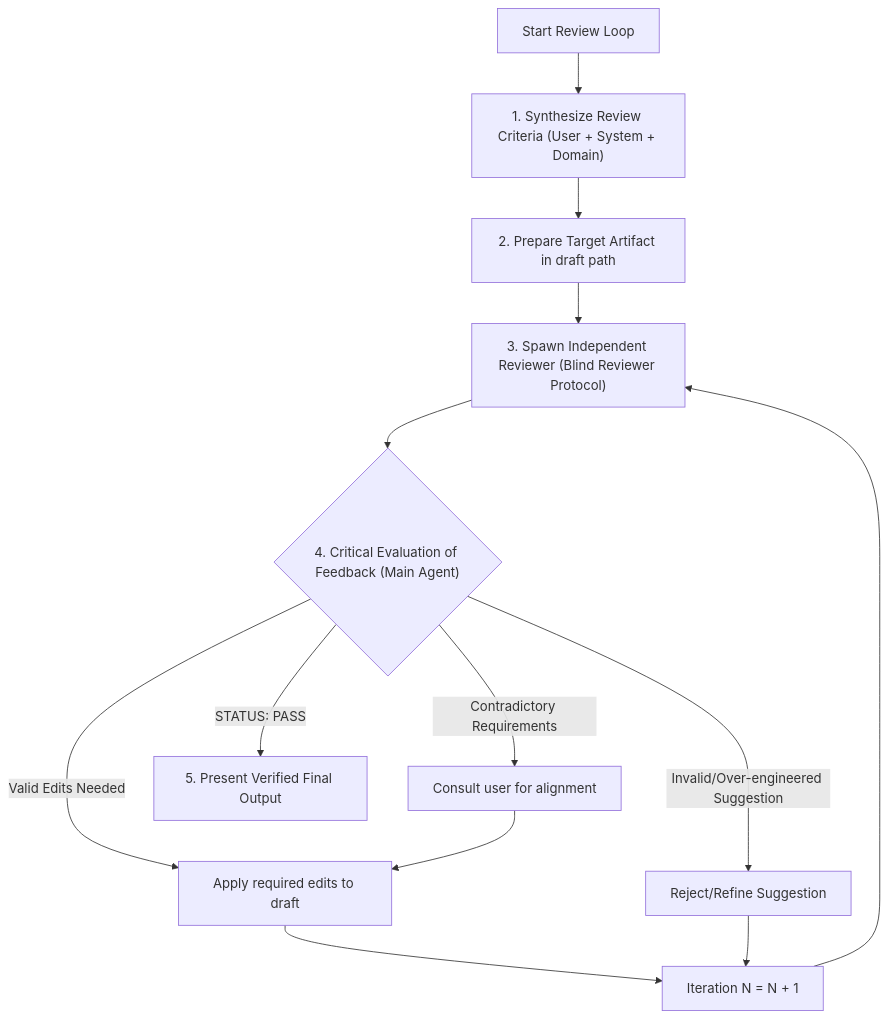
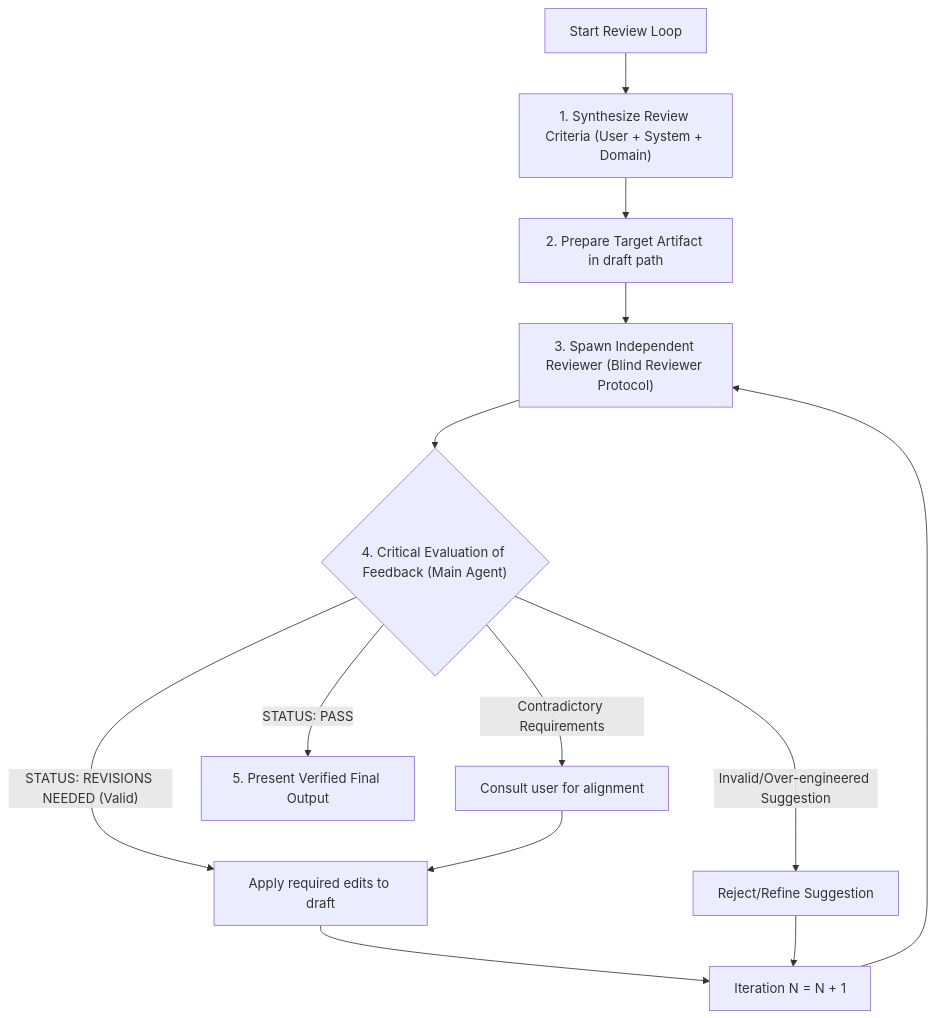
The diagram in productivity/conduct-reviewing-loop/SKILL.md (loerei/myskills), drawn with Mermaid before and after one commit. The commit also changed other lines of this file and 1 other file, not shown here.

````diff
--- a/productivity/conduct-reviewing-loop/SKILL.md
+++ b/productivity/conduct-reviewing-loop/SKILL.md
@@ -12,11 +12,11 @@
 ```mermaid
 flowchart TD
     Start["Start Review Loop"] --> Synth["1. Synthesize Review Criteria (User + System + Domain)"]
     Synth --> Draft["2. Prepare Target Artifact in draft path"]
     Draft --> BlindSpawn["3. Spawn Independent Reviewer (Blind Reviewer Protocol)"]
     BlindSpawn --> CritEval{"4. Critical Evaluation of Feedback (Main Agent)"}
-    CritEval -->|"Valid Edits Needed"| ApplyEdits["Apply required edits to draft"] --> NextIter["Iteration N = N + 1"] --> BlindSpawn
-    CritEval -->|"Invalid/Over-engineered Suggestion"| RejectReject["Reject/Refine Suggestion"] --> NextIter
+    CritEval -->|"STATUS: REVISIONS NEEDED (Valid)"| ApplyEdits["Apply required edits to draft"] --> NextIter["Iteration N = N + 1"] --> BlindSpawn
+    CritEval -->|"Invalid/Over-engineered Suggestion"| RejectRefine["Reject/Refine Suggestion"] --> NextIter
     CritEval -->|"Contradictory Requirements"| ConsultUser["Consult user for alignment"] --> ApplyEdits
     CritEval -->|"STATUS: PASS"| Present["5. Present Verified Final Output"]
 ```
````
